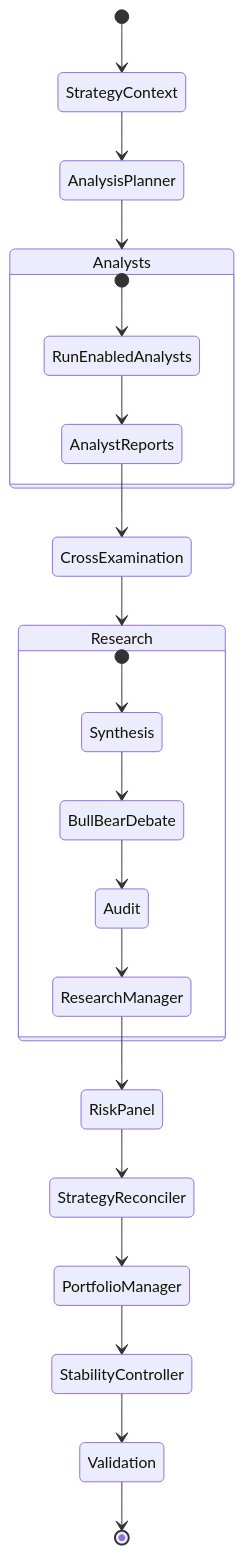
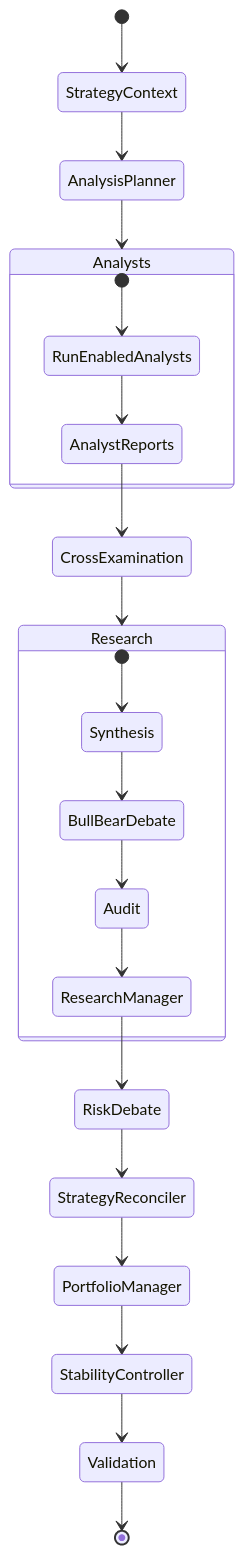
One commit to JustSadY/TradingAgents changed the diagram in docs/architecture/multi_agent_system.md. Above: the diagram before and after it, drawn with Mermaid. The commit also changed 7 other files, not shown here.

````diff
--- a/docs/architecture/multi_agent_system.md
+++ b/docs/architecture/multi_agent_system.md
@@ -9,28 +9,28 @@
 ```mermaid
 stateDiagram-v2
     [*] --> StrategyContext
     StrategyContext --> AnalysisPlanner
     AnalysisPlanner --> Analysts
 
     state Analysts {
         [*] --> RunEnabledAnalysts
         RunEnabledAnalysts --> AnalystReports
     }
 
     AnalystReports --> CrossExamination
     CrossExamination --> Research
 
     state Research {
         [*] --> Synthesis
         Synthesis --> BullBearDebate
         BullBearDebate --> Audit
         Audit --> ResearchManager
     }
 
-    ResearchManager --> RiskPanel
-    RiskPanel --> StrategyReconciler
+    ResearchManager --> RiskDebate
+    RiskDebate --> StrategyReconciler
     StrategyReconciler --> PortfolioManager
     PortfolioManager --> StabilityController
     StabilityController --> Validation
     Validation --> [*]
 ```
````
